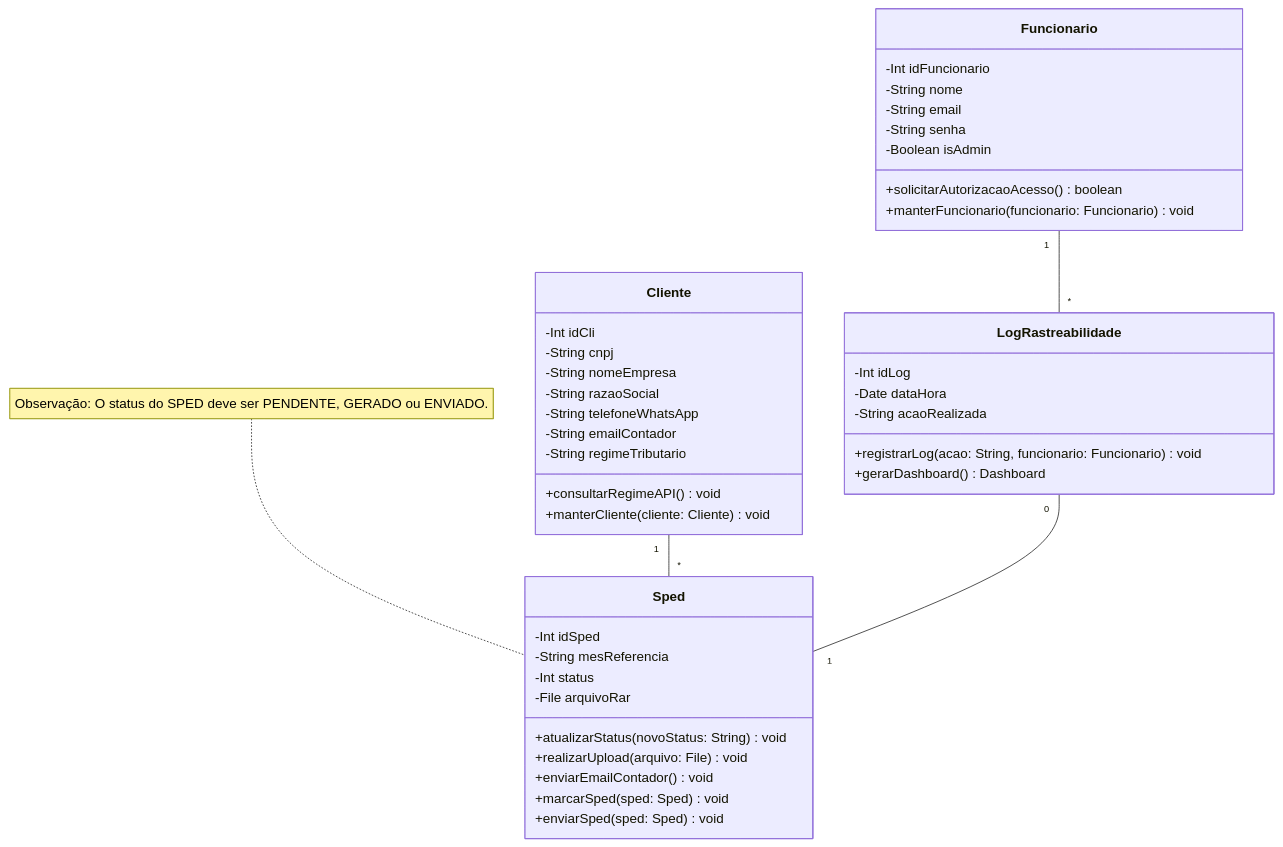
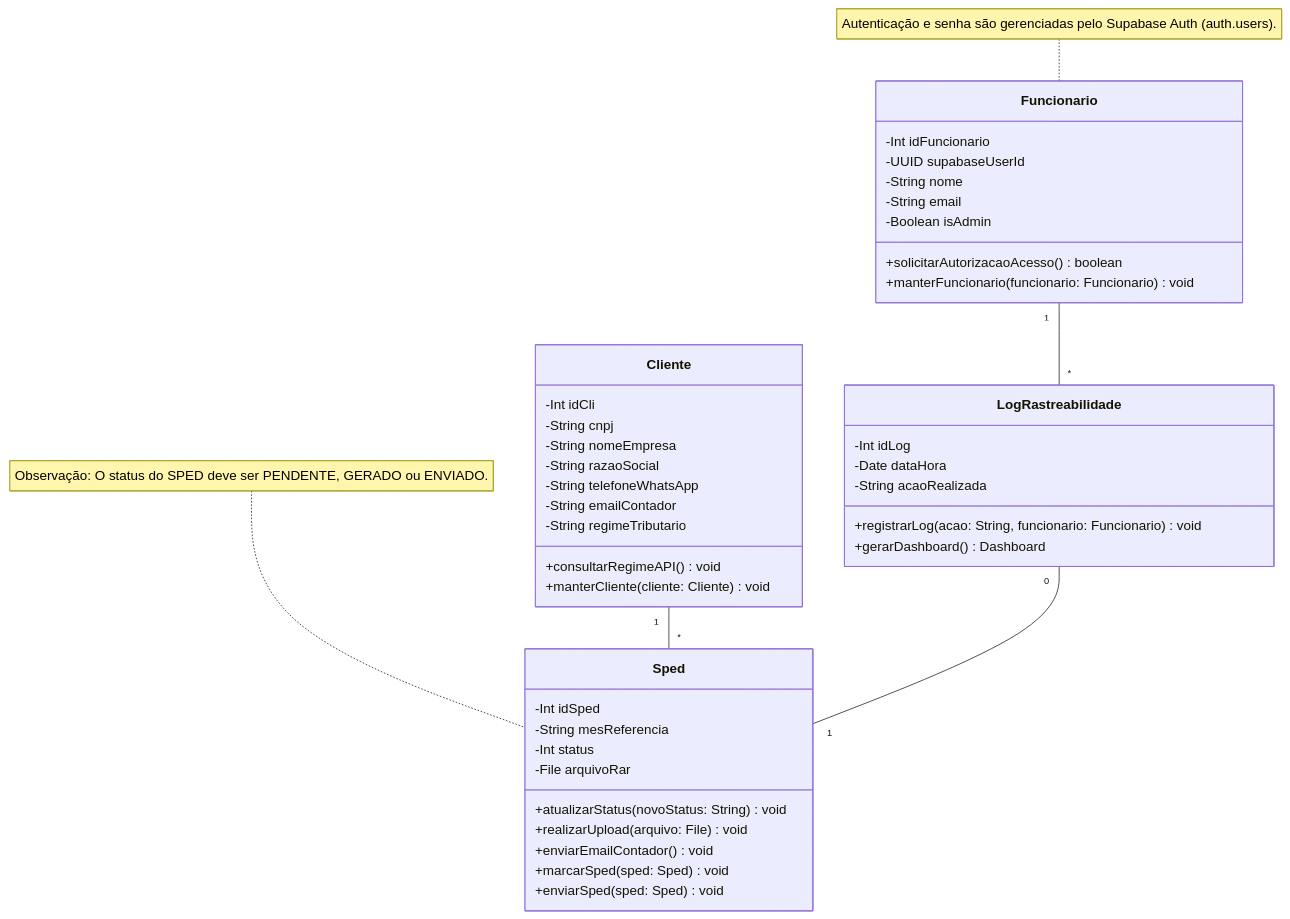
One commit to Renan988/Projeto-Engenharia-I changed the first of 2 diagrams in docs/doc-modelos.md. Above: the diagram before and after it, drawn with Mermaid. The commit also changed other lines of this file and 2 other files, not shown here.

````diff
--- a/docs/doc-modelos.md
+++ b/docs/doc-modelos.md
@@ -9,50 +9,51 @@
 ```mermaid
 classDiagram
     class Funcionario {
         -Int idFuncionario
+        -UUID supabaseUserId
         -String nome
         -String email
-        -String senha
         -Boolean isAdmin
         +solicitarAutorizacaoAcesso() boolean
         +manterFuncionario(funcionario: Funcionario) void
     }
+    note for Funcionario "Autenticação e senha são gerenciadas pelo Supabase Auth (auth.users)."
     
     class LogRastreabilidade {
         -Int idLog
         -Date dataHora
         -String acaoRealizada
         +registrarLog(acao: String, funcionario: Funcionario) void
         +gerarDashboard() Dashboard
     }
     
     class Cliente {
         -Int idCli
         -String cnpj
         -String nomeEmpresa
         -String razaoSocial
         -String telefoneWhatsApp
         -String emailContador
         -String regimeTributario
         +consultarRegimeAPI() void
         +manterCliente(cliente: Cliente) void
     }
     
     class Sped {
         -Int idSped
         -String mesReferencia
         -Int status
         -File arquivoRar
         +atualizarStatus(novoStatus: String) void
         +realizarUpload(arquivo: File) void
         +enviarEmailContador() void
         +marcarSped(sped: Sped) void
         +enviarSped(sped: Sped) void
     }
 
     Funcionario "1" -- "*" LogRastreabilidade
     Cliente "1" -- "*" Sped
     LogRastreabilidade "0" -- "1" Sped
     
     note for Sped "Observação: O status do SPED deve ser PENDENTE, GERADO ou ENVIADO."
 ```
````
